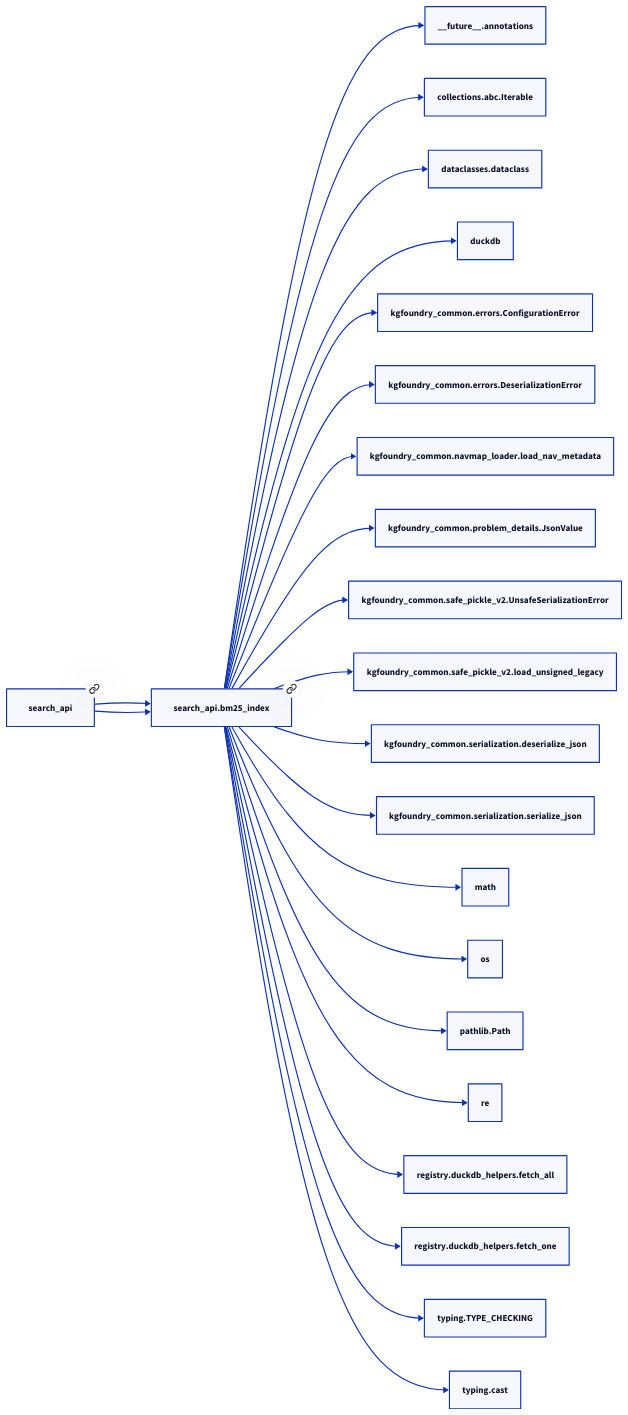
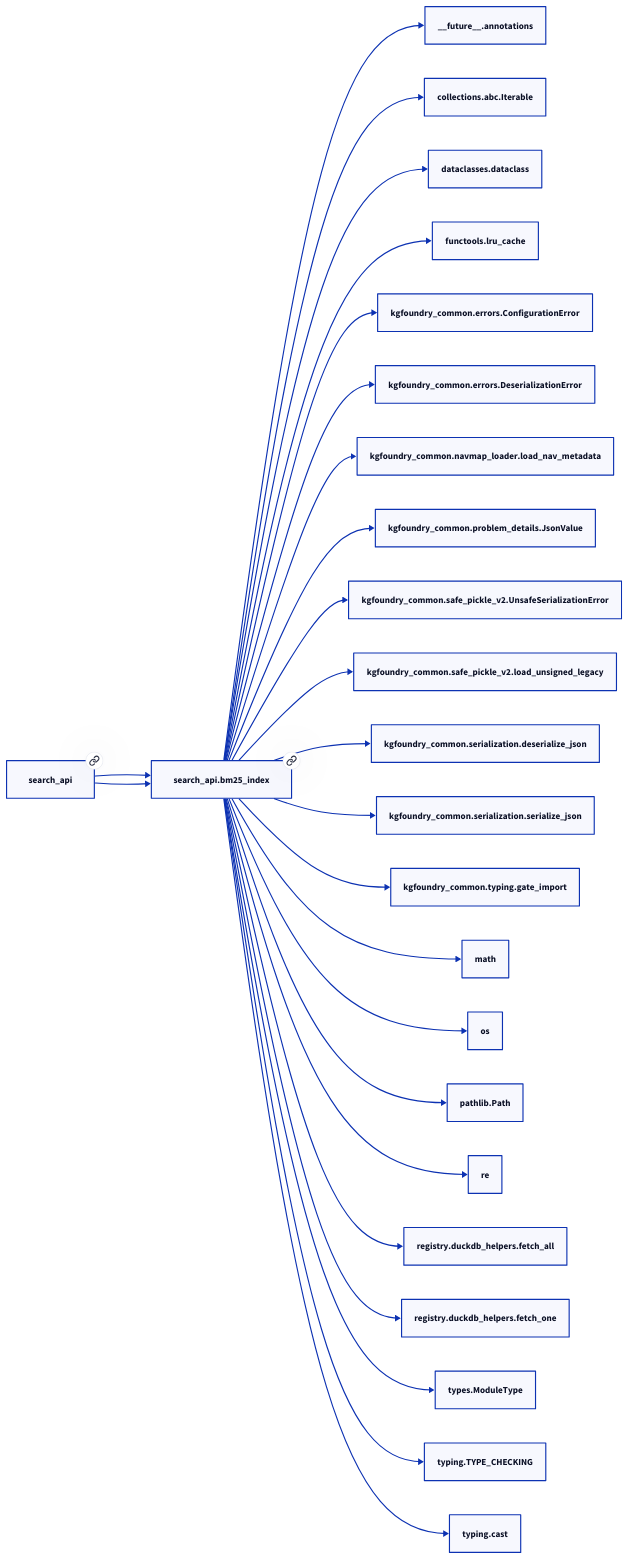
One commit to paul-heyse/kgforge changed the second of 2 diagrams in docs/modules/search_api/bm25_index.md. Above: the diagram before and after it, drawn with D2. The commit also changed other lines of this file and 107 other files, not shown here.

````diff
--- a/docs/modules/search_api/bm25_index.md
+++ b/docs/modules/search_api/bm25_index.md
@@ -61,47 +65,51 @@
 ```d2
 direction: right
 "search_api.bm25_index": "search_api.bm25_index" { link: "https://github.com/paul-heyse/kgfoundry/blob/main/src/search_api/bm25_index.py" }
 "__future__.annotations": "__future__.annotations"
 "search_api.bm25_index" -> "__future__.annotations"
 "collections.abc.Iterable": "collections.abc.Iterable"
 "search_api.bm25_index" -> "collections.abc.Iterable"
 "dataclasses.dataclass": "dataclasses.dataclass"
 "search_api.bm25_index" -> "dataclasses.dataclass"
-"duckdb": "duckdb"
-"search_api.bm25_index" -> "duckdb"
+"functools.lru_cache": "functools.lru_cache"
+"search_api.bm25_index" -> "functools.lru_cache"
 "kgfoundry_common.errors.ConfigurationError": "kgfoundry_common.errors.ConfigurationError"
 "search_api.bm25_index" -> "kgfoundry_common.errors.ConfigurationError"
 "kgfoundry_common.errors.DeserializationError": "kgfoundry_common.errors.DeserializationError"
 "search_api.bm25_index" -> "kgfoundry_common.errors.DeserializationError"
 "kgfoundry_common.navmap_loader.load_nav_metadata": "kgfoundry_common.navmap_loader.load_nav_metadata"
 "search_api.bm25_index" -> "kgfoundry_common.navmap_loader.load_nav_metadata"
 "kgfoundry_common.problem_details.JsonValue": "kgfoundry_common.problem_details.JsonValue"
 "search_api.bm25_index" -> "kgfoundry_common.problem_details.JsonValue"
 "kgfoundry_common.safe_pickle_v2.UnsafeSerializationError": "kgfoundry_common.safe_pickle_v2.UnsafeSerializationError"
 "search_api.bm25_index" -> "kgfoundry_common.safe_pickle_v2.UnsafeSerializationError"
 "kgfoundry_common.safe_pickle_v2.load_unsigned_legacy": "kgfoundry_common.safe_pickle_v2.load_unsigned_legacy"
 "search_api.bm25_index" -> "kgfoundry_common.safe_pickle_v2.load_unsigned_legacy"
 "kgfoundry_common.serialization.deserialize_json": "kgfoundry_common.serialization.deserialize_json"
 "search_api.bm25_index" -> "kgfoundry_common.serialization.deserialize_json"
 "kgfoundry_common.serialization.serialize_json": "kgfoundry_common.serialization.serialize_json"
 "search_api.bm25_index" -> "kgfoundry_common.serialization.serialize_json"
+"kgfoundry_common.typing.gate_import": "kgfoundry_common.typing.gate_import"
+"search_api.bm25_index" -> "kgfoundry_common.typing.gate_import"
 "math": "math"
 "search_api.bm25_index" -> "math"
 "os": "os"
 "search_api.bm25_index" -> "os"
 "pathlib.Path": "pathlib.Path"
 "search_api.bm25_index" -> "pathlib.Path"
 "re": "re"
 "search_api.bm25_index" -> "re"
 "registry.duckdb_helpers.fetch_all": "registry.duckdb_helpers.fetch_all"
 "search_api.bm25_index" -> "registry.duckdb_helpers.fetch_all"
 "registry.duckdb_helpers.fetch_one": "registry.duckdb_helpers.fetch_one"
 "search_api.bm25_index" -> "registry.duckdb_helpers.fetch_one"
+"types.ModuleType": "types.ModuleType"
+"search_api.bm25_index" -> "types.ModuleType"
 "typing.TYPE_CHECKING": "typing.TYPE_CHECKING"
 "search_api.bm25_index" -> "typing.TYPE_CHECKING"
 "typing.cast": "typing.cast"
 "search_api.bm25_index" -> "typing.cast"
 "search_api": "search_api" { link: "https://github.com/paul-heyse/kgfoundry/blob/main/src/search_api/__init__.py" }
 "search_api" -> "search_api.bm25_index"
 "search_api" -> "search_api.bm25_index" { style: dashed }
 ```
````
